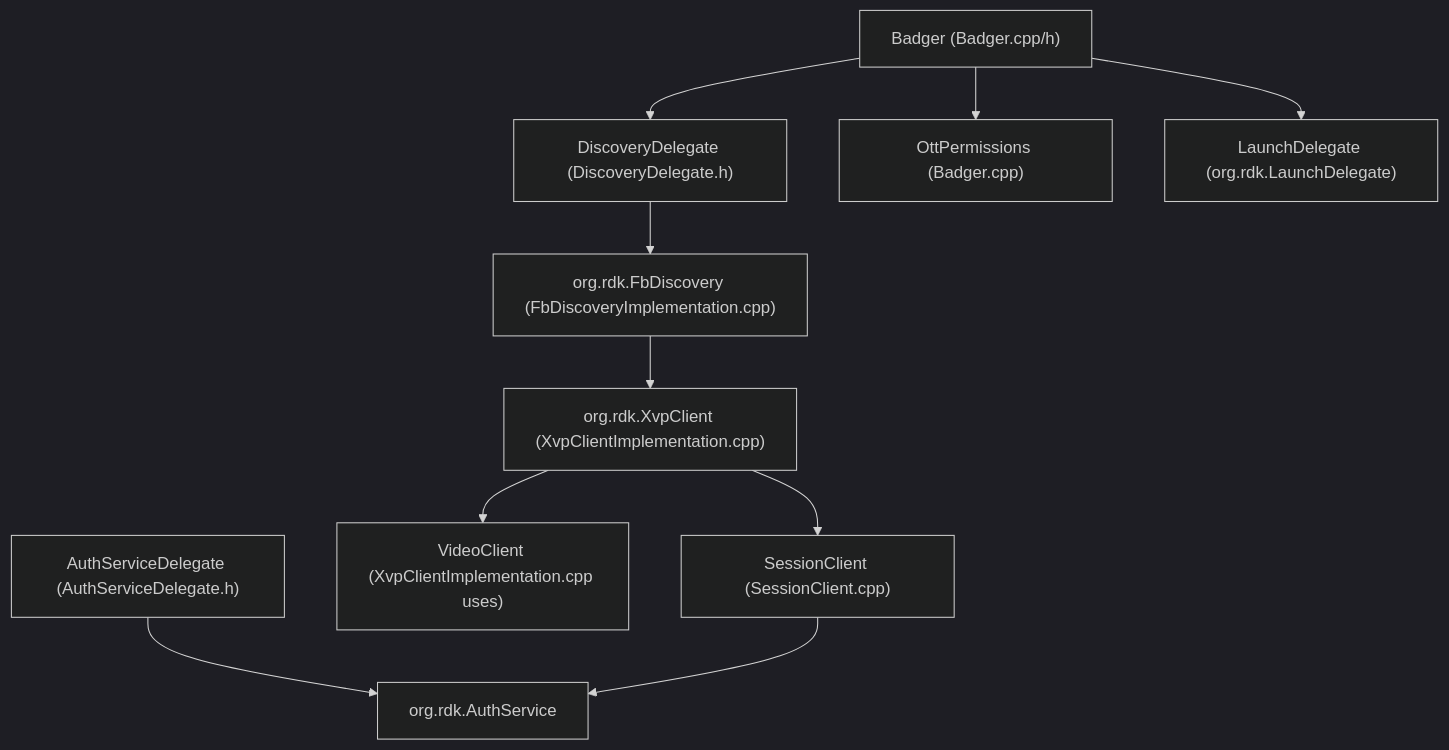
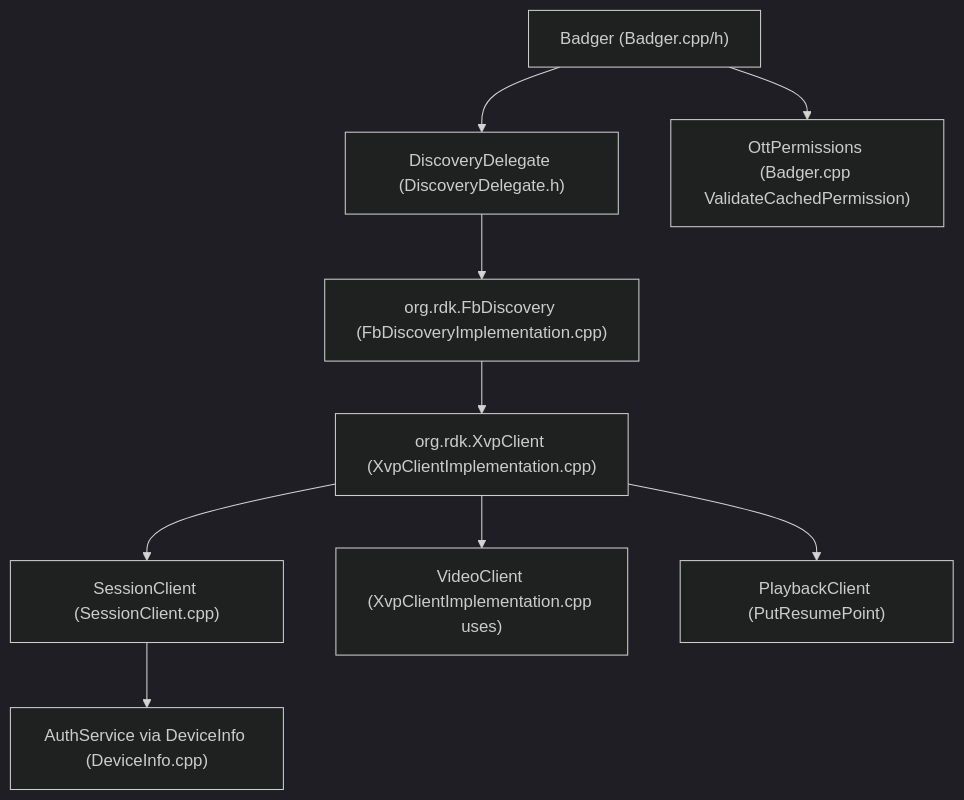
The first of 5 diagrams in kavia-docs/entitlements-xvp-delegate-design.md (Naveennat/app-gateway2), drawn with Mermaid (dark theme) before and after one commit. The commit also changed other lines of this file and 21 other files, not shown here.

````diff
--- a/kavia-docs/entitlements-xvp-delegate-design.md
+++ b/kavia-docs/entitlements-xvp-delegate-design.md
@@ -78,12 +222,11 @@
 ```mermaid
 graph TD
   A["Badger (Badger.cpp/h)"] --> B["DiscoveryDelegate (DiscoveryDelegate.h)"]
   B --> C["org.rdk.FbDiscovery (FbDiscoveryImplementation.cpp)"]
   C --> D["org.rdk.XvpClient (XvpClientImplementation.cpp)"]
   D --> E["SessionClient (SessionClient.cpp)"]
   D --> F["VideoClient (XvpClientImplementation.cpp uses)"]
-  A --> G["OttPermissions (Badger.cpp)"]
-  A --> H["LaunchDelegate (org.rdk.LaunchDelegate)"]
-  I["AuthServiceDelegate (AuthServiceDelegate.h)"] --> J["org.rdk.AuthService"]
-  E --> J
+  D --> G["PlaybackClient (PutResumePoint)"]
+  A --> H["OttPermissions (Badger.cpp ValidateCachedPermission)"]
+  E --> I["AuthService via DeviceInfo (DeviceInfo.cpp)"]
 ```
````
